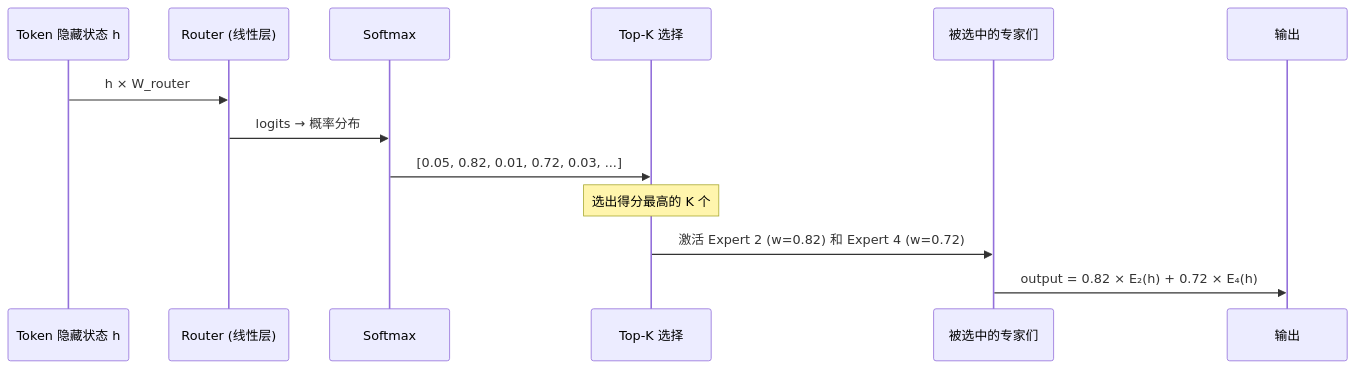
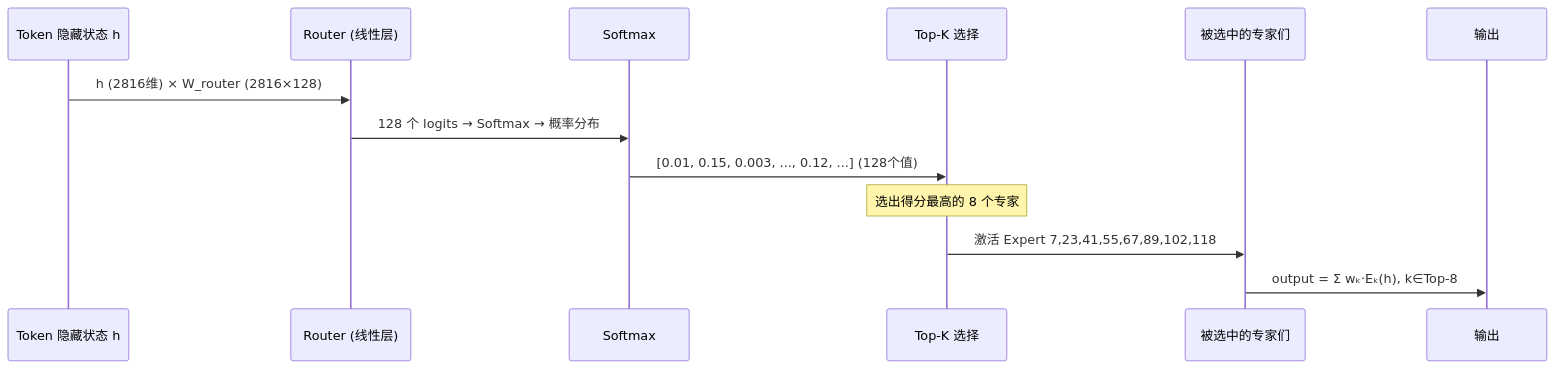
Before and after one commit to guangxiangdebizi/Gemma4-31b-dense---27b-moe: the seventh of 16 diagrams in docs/gemma4_architecture.md, drawn with Mermaid. The commit also changed other lines of this file and 1 other file, not shown here.

Commit message:
Update architecture documentation for MoE 26B-A4B model, refining parameter specifications, attention head configurations, and expert structures. Include detailed insights on expert activation, parameter distribution, and memory efficiency compared to Dense models.

````diff
--- a/docs/gemma4_architecture.md
+++ b/docs/gemma4_architecture.md
@@ -295,16 +355,16 @@
 ```mermaid
 sequenceDiagram
     participant T as Token 隐藏状态 h
     participant R as Router (线性层)
     participant S as Softmax
     participant TopK as Top-K 选择
     participant E as 被选中的专家们
     participant O as 输出
     
-    T->>R: h × W_router
-    R->>S: logits → 概率分布
-    S->>TopK: [0.05, 0.82, 0.01, 0.72, 0.03, ...]
-    Note over TopK: 选出得分最高的 K 个
-    TopK->>E: 激活 Expert 2 (w=0.82) 和 Expert 4 (w=0.72)
-    E->>O: output = 0.82 × E₂(h) + 0.72 × E₄(h)
+    T->>R: h (2816维) × W_router (2816×128)
+    R->>S: 128 个 logits → Softmax → 概率分布
+    S->>TopK: [0.01, 0.15, 0.003, ..., 0.12, ...] (128个值)
+    Note over TopK: 选出得分最高的 8 个专家
+    TopK->>E: 激活 Expert 7,23,41,55,67,89,102,118
+    E->>O: output = Σ wₖ·Eₖ(h), k∈Top-8
 ```
````
